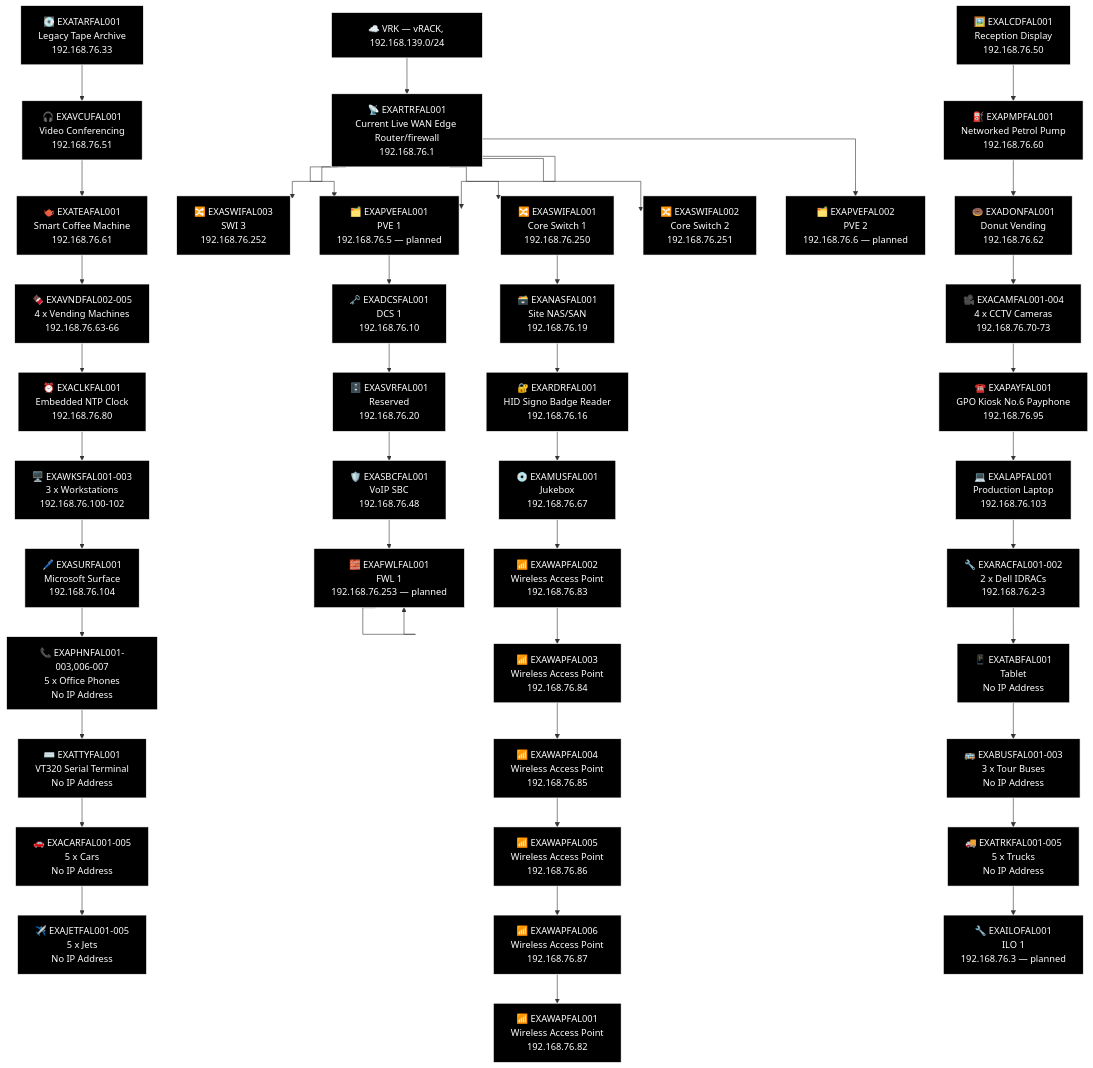
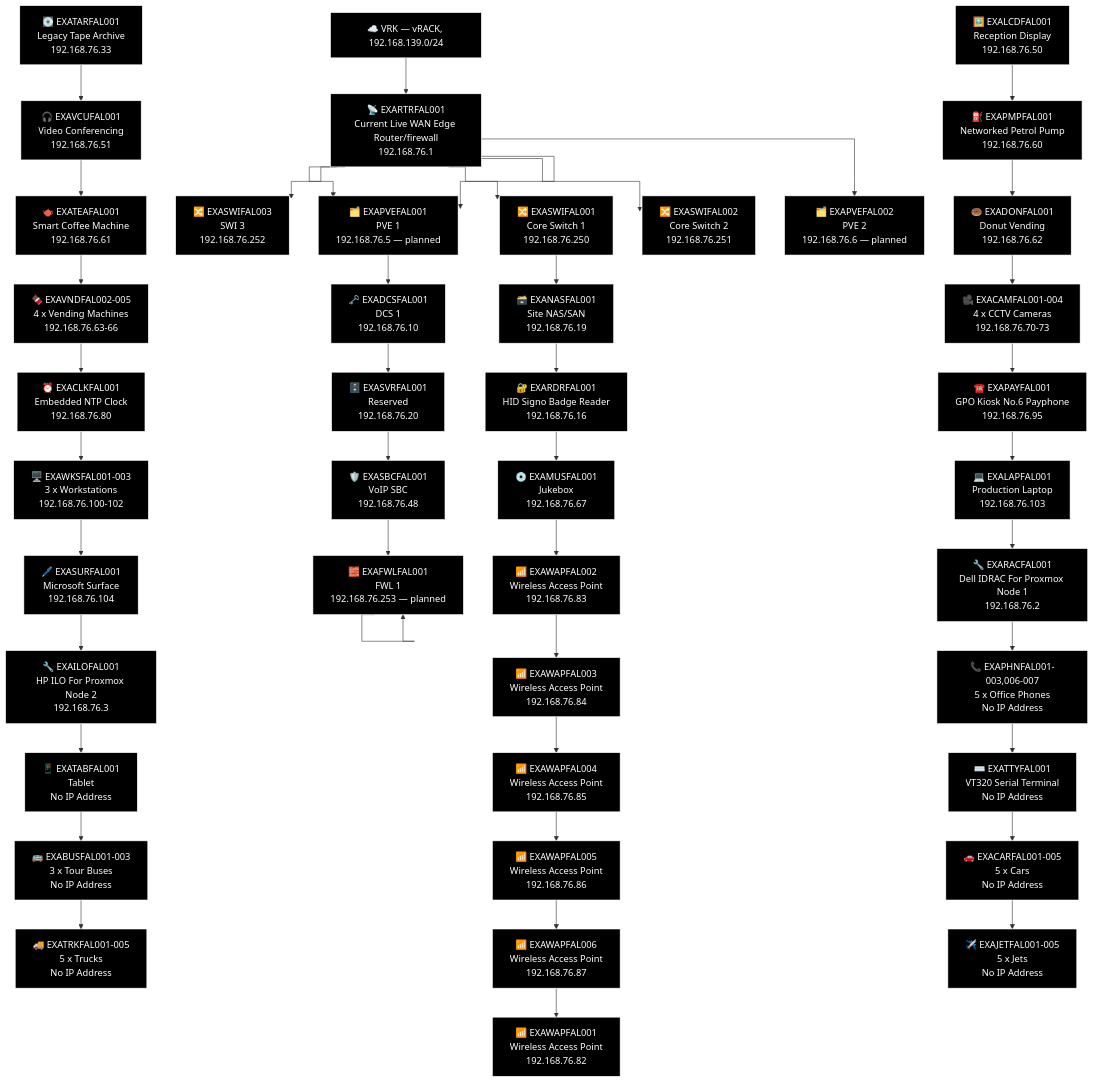
The third of 21 diagrams in docs/network-diagram/scotland.md (knightmare2600/example_music_infra), drawn with Mermaid before and after one commit. The commit also changed 7 other files, not shown here.

````diff
--- a/docs/network-diagram/scotland.md
+++ b/docs/network-diagram/scotland.md
@@ -273,7 +273,8 @@
     T_OTH_WKS["🖥️ EXAWKSFAL001-003<br/>3 x Workstations<br/>192.168.76.100-102"]
     T_LAP["💻 EXALAPFAL001<br/>Production Laptop<br/>192.168.76.103"]
     T_SUR["🖊️ EXASURFAL001<br/>Microsoft Surface<br/>192.168.76.104"]
-    T_OTH_RAC["🔧 EXARACFAL001-002<br/>2 x Dell IDRACs<br/>192.168.76.2-3"]
+    T_RAC["🔧 EXARACFAL001<br/>Dell IDRAC For Proxmox Node 1<br/>192.168.76.2"]
+    T_ILO["🔧 EXAILOFAL001<br/>HP ILO For Proxmox Node 2<br/>192.168.76.3"]
     T_OTH_PHN["📞 EXAPHNFAL001-003,006-007<br/>5 x Office Phones<br/>No IP Address"]
     T_TAB["📱 EXATABFAL001<br/>Tablet<br/>No IP Address"]
     T_TTY["⌨️ EXATTYFAL001<br/>VT320 Serial Terminal<br/>No IP Address"]
@@ -281,9 +282,8 @@
     T_OTH_CAR["🚗 EXACARFAL001-005<br/>5 x Cars<br/>No IP Address"]
     T_OTH_TRK["🚚 EXATRKFAL001-005<br/>5 x Trucks<br/>No IP Address"]
     T_OTH_JET["✈️ EXAJETFAL001-005<br/>5 x Jets<br/>No IP Address"]
-    T_ILO["🔧 EXAILOFAL001<br/>ILO 1<br/>192.168.76.3 — planned"]
-    T_TAR --> T_VCU --> T_TEA --> T_OTH_VND --> T_CLK --> T_OTH_WKS --> T_SUR --> T_OTH_PHN --> T_TTY --> T_OTH_CAR --> T_OTH_JET
-    T_LCD --> T_PMP --> T_DON --> T_OTH_CAM --> T_PAY --> T_LAP --> T_OTH_RAC --> T_TAB --> T_OTH_BUS --> T_OTH_TRK --> T_ILO
+    T_TAR --> T_VCU --> T_TEA --> T_OTH_VND --> T_CLK --> T_OTH_WKS --> T_SUR --> T_ILO --> T_TAB --> T_OTH_BUS --> T_OTH_TRK
+    T_LCD --> T_PMP --> T_DON --> T_OTH_CAM --> T_PAY --> T_LAP --> T_RAC --> T_OTH_PHN --> T_TTY --> T_OTH_CAR --> T_OTH_JET
     style T_VRK fill:#000000,stroke:#FFFFFF,color:#FFFFFF
     style T_RTR fill:#000000,stroke:#FFFFFF,color:#FFFFFF
     style T_PVE fill:#000000,stroke:#FFFFFF,color:#FFFFFF
@@ -319,7 +319,8 @@
     style T_OTH_WKS fill:#000000,stroke:#FFFFFF,color:#FFFFFF
     style T_LAP fill:#000000,stroke:#FFFFFF,color:#FFFFFF
     style T_SUR fill:#000000,stroke:#FFFFFF,color:#FFFFFF
-    style T_OTH_RAC fill:#000000,stroke:#FFFFFF,color:#FFFFFF
+    style T_RAC fill:#000000,stroke:#FFFFFF,color:#FFFFFF
+    style T_ILO fill:#000000,stroke:#FFFFFF,color:#FFFFFF
     style T_OTH_PHN fill:#000000,stroke:#FFFFFF,color:#FFFFFF
     style T_TAB fill:#000000,stroke:#FFFFFF,color:#FFFFFF
     style T_TTY fill:#000000,stroke:#FFFFFF,color:#FFFFFF
@@ -327,6 +328,5 @@
     style T_OTH_CAR fill:#000000,stroke:#FFFFFF,color:#FFFFFF
     style T_OTH_TRK fill:#000000,stroke:#FFFFFF,color:#FFFFFF
     style T_OTH_JET fill:#000000,stroke:#FFFFFF,color:#FFFFFF
-    style T_ILO fill:#000000,stroke:#FFFFFF,color:#FFFFFF
 %% GENERATED:TOPOLOGY:FAL:END
 ```
````
